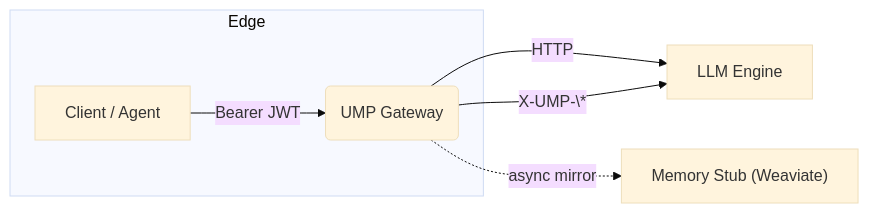
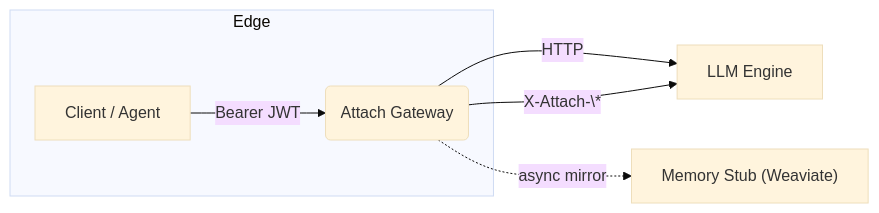
Before and after one commit to attach-dev/attach-gateway: the diagram in docs/Design.md, drawn with Mermaid (base theme). The commit also changed other lines of this file and 5 other files, not shown here.

Commit message:
renamed ump to attach

````diff
--- a/docs/Design.md
+++ b/docs/Design.md
@@ -36,10 +36,10 @@
 ```mermaid
 flowchart LR
   subgraph Edge
     C[Client / Agent]
-    C -->|Bearer JWT| GW(UMP Gateway)
+    C -->|Bearer JWT| GW(Attach Gateway)
   end
   GW -->|HTTP| E[LLM Engine]
-  GW -->|"X-UMP-\*"| E
+  GW -->|"X-Attach-\*"| E
   GW -.->|async mirror| M["Memory Stub (Weaviate)"]
 ```
````
